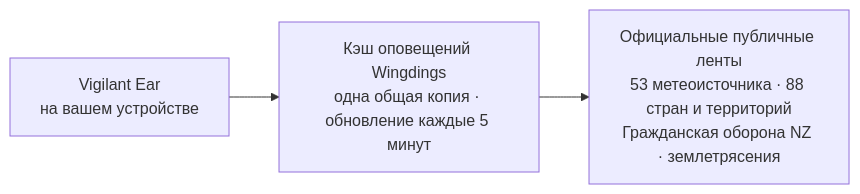
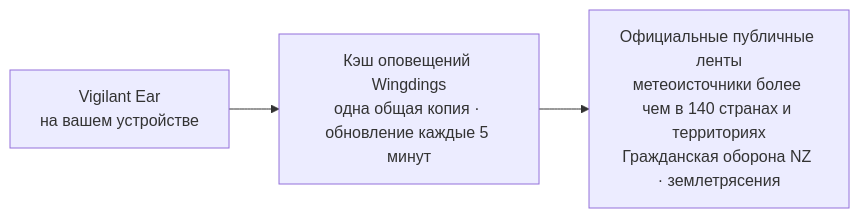
One commit to rpalm01-star/VigilantEarLegal changed the fourth of 4 diagrams in README_ru.md. Above: the diagram before and after it, drawn with Mermaid. The commit also changed other lines of this file and 59 other files, not shown here.

````diff
--- a/README_ru.md
+++ b/README_ru.md
@@ -182,5 +182,5 @@
 ```mermaid
 graph LR
     P1["Vigilant Ear<br/>на вашем устройстве"] --> W["Кэш оповещений Wingdings<br/>одна общая копия · обновление каждые 5 минут"]
-    W --> N["Официальные публичные ленты<br/>53 метеоисточника · 88 стран и территорий<br/>Гражданская оборона NZ · землетрясения"]
+    W --> N["Официальные публичные ленты<br/>метеоисточники более чем в 140 странах и территориях<br/>Гражданская оборона NZ · землетрясения"]
 ```
````
